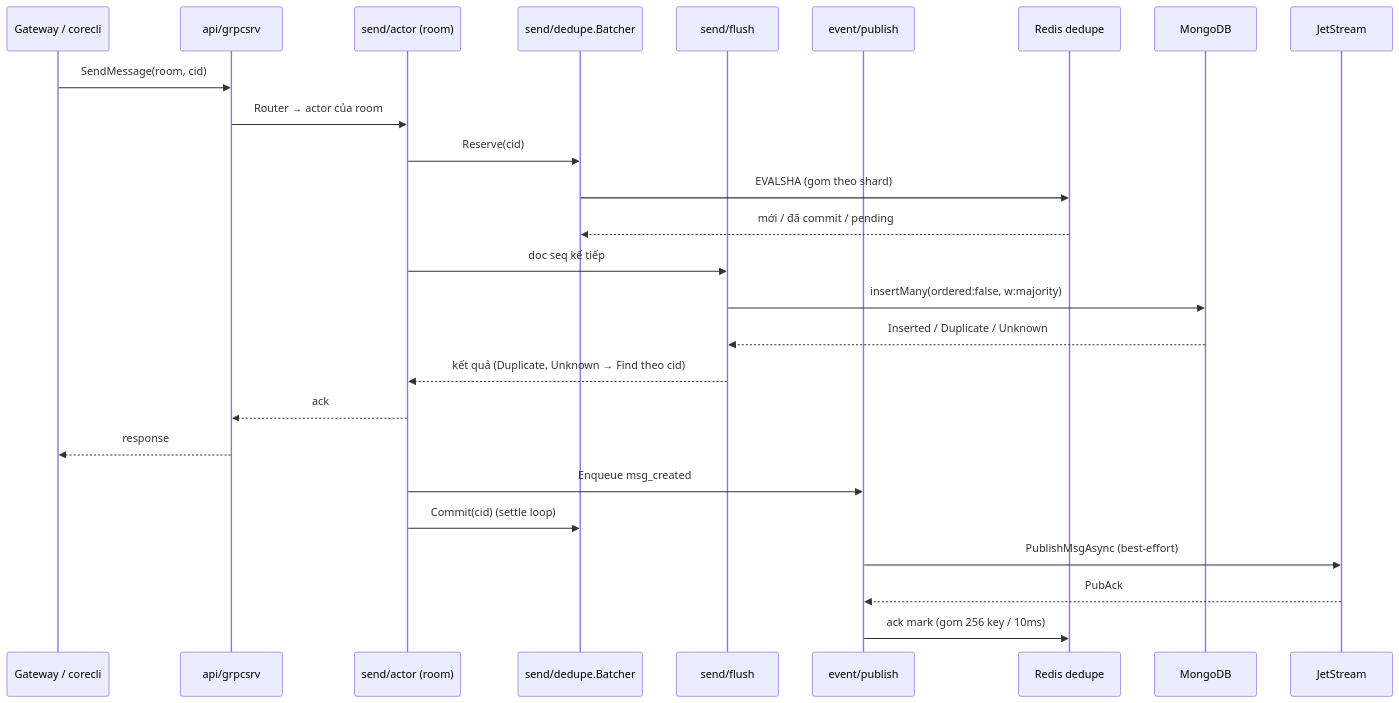
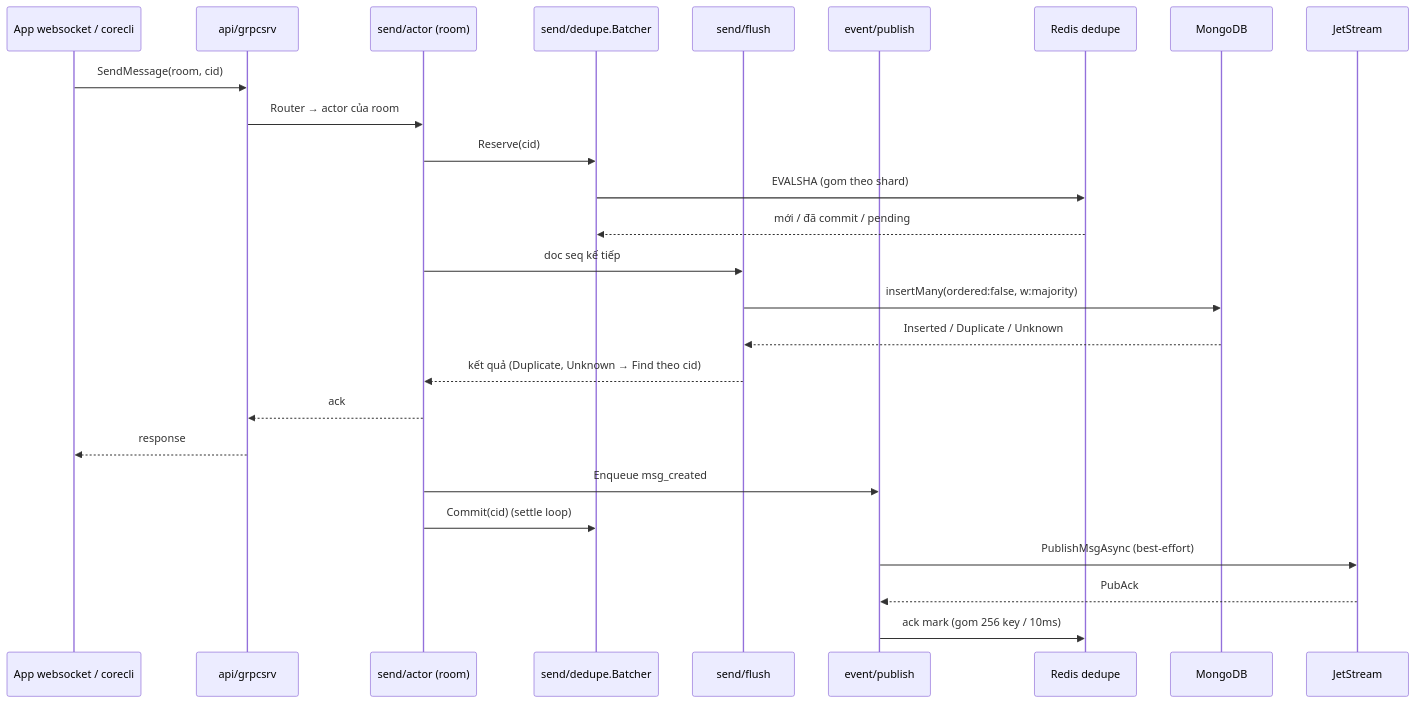
Before and after one commit to ivannguyendev/chatim: the third of 6 diagrams in docs/designs/2026-10-04-chat-architecture-components.md, drawn with Mermaid. The commit also changed other lines of this file and 10 other files, not shown here.

First line of the commit message:
docs: rename gateway to websocket and route Inbox reads through the LB

````diff
--- a/docs/designs/2026-10-04-chat-architecture-components.md
+++ b/docs/designs/2026-10-04-chat-architecture-components.md
@@ -130,29 +130,29 @@
 ```mermaid
 sequenceDiagram
-    participant GW as Gateway / corecli
+    participant GW as App websocket / corecli
     participant Srv as api/grpcsrv
     participant A as send/actor (room)
     participant B as send/dedupe.Batcher
     participant F as send/flush
     participant P as event/publish
     participant R as Redis dedupe
     participant DB as MongoDB
     participant N as JetStream
 
     GW->>Srv: SendMessage(room, cid)
     Srv->>A: Router → actor của room
     A->>B: Reserve(cid)
     B->>R: EVALSHA (gom theo shard)
     R-->>B: mới / đã commit / pending
     A->>F: doc seq kế tiếp
     F->>DB: insertMany(ordered:false, w:majority)
     DB-->>F: Inserted / Duplicate / Unknown
     F-->>A: kết quả (Duplicate, Unknown → Find theo cid)
     A-->>Srv: ack
     Srv-->>GW: response
     A->>P: Enqueue msg_created
     A->>B: Commit(cid) (settle loop)
     P->>N: PublishMsgAsync (best-effort)
     N-->>P: PubAck
     P->>R: ack mark (gom 256 key / 10ms)
 ```
````
